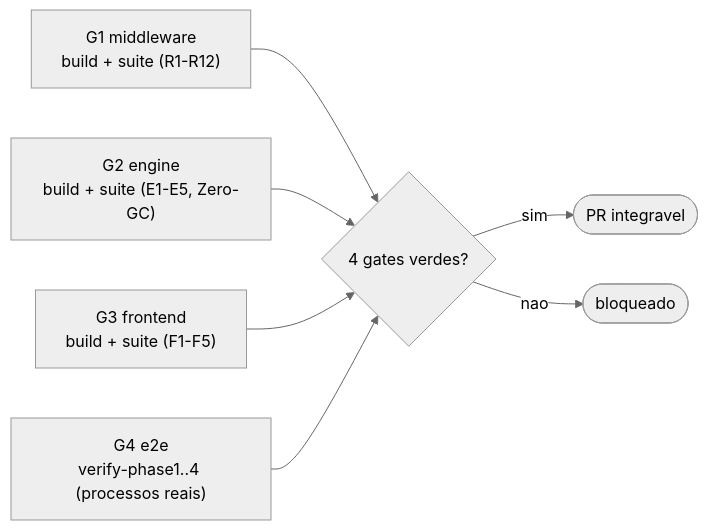
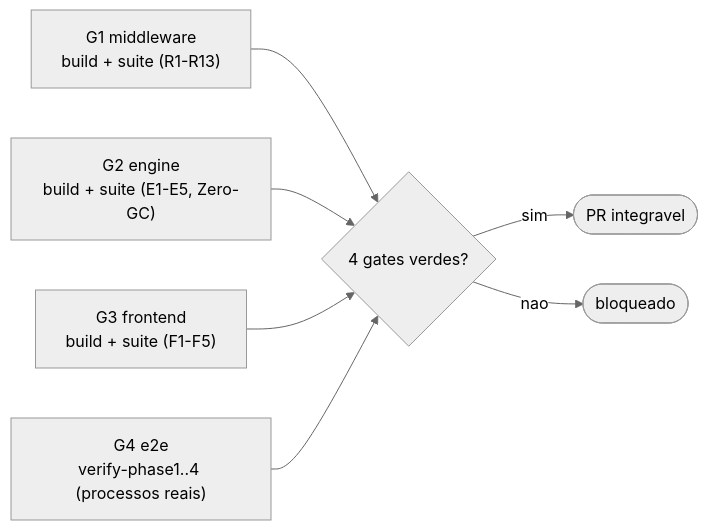
The fifth of 5 diagrams in docs/GOVERNANCE.md (flaviotinococoutinho/Gridsmith), drawn with Mermaid (neutral theme) before and after one commit. The commit also changed other lines of this file and 68 other files, not shown here.

````diff
--- a/docs/GOVERNANCE.md
+++ b/docs/GOVERNANCE.md
@@ -227,9 +231,9 @@
 ```mermaid
 graph LR
-  G1["G1 middleware<br/>build + suite (R1-R12)"] --> J{"4 gates verdes?"}
+  G1["G1 middleware<br/>build + suite (R1-R13)"] --> J{"4 gates verdes?"}
   G2["G2 engine<br/>build + suite (E1-E5, Zero-GC)"] --> J
   G3["G3 frontend<br/>build + suite (F1-F5)"] --> J
   G4["G4 e2e<br/>verify-phase1..4 (processos reais)"] --> J
   J -->|"sim"| OK(["PR integravel"])
   J -->|"nao"| NO(["bloqueado"])
 ```
````
